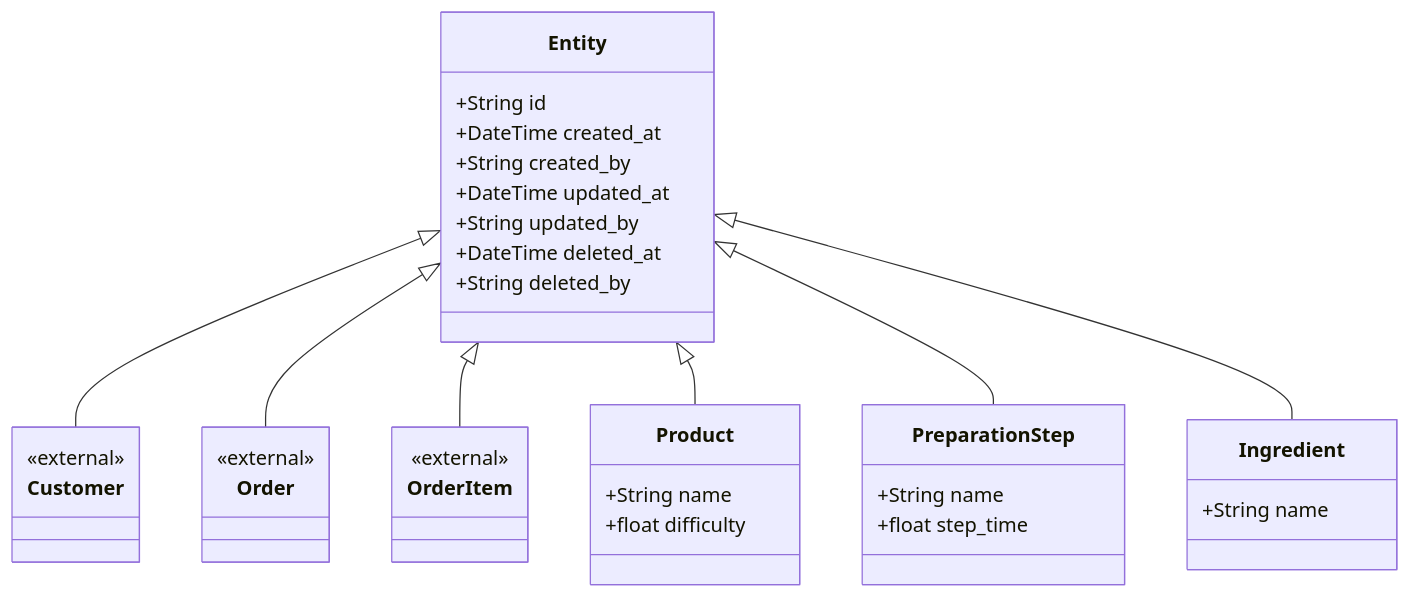
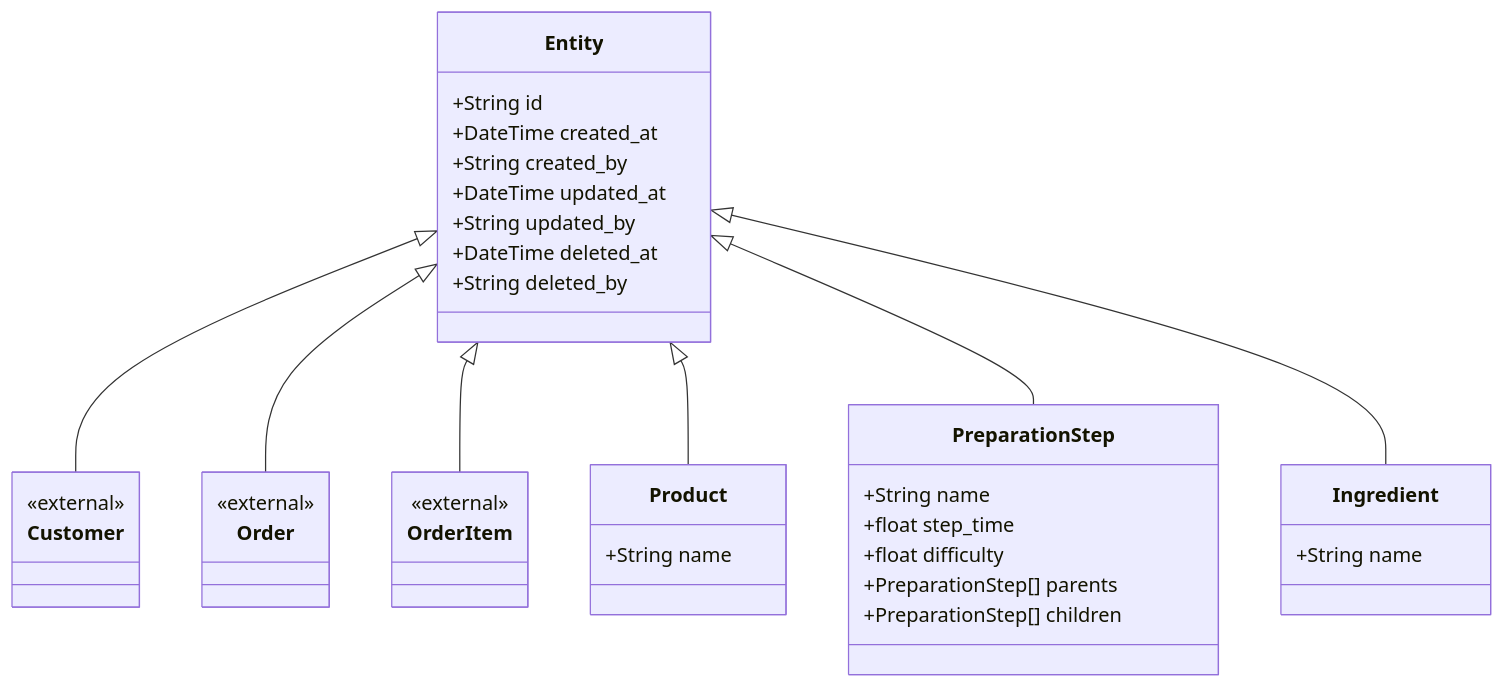
The diagram in doc/entities.md (alexander9306/Kitchen-Simulator), drawn with Mermaid before and after one commit. The commit also changed other lines of this file and 2 other files, not shown here.

First line of the commit message:
Move difficulty to PreparationStep and add parents/children

````diff
--- a/doc/entities.md
+++ b/doc/entities.md
@@ -3,42 +3,44 @@
 ```mermaid
 classDiagram
     class Entity {
         +String id
         +DateTime created_at
         +String created_by
         +DateTime updated_at
         +String updated_by
         +DateTime deleted_at
         +String deleted_by
     }
 
     class Customer {
         <<external>>
     }
     class Order {
         <<external>>
     }
     class OrderItem {
         <<external>>
     }
     class Ingredient {
         +String name
     }
 
     class Product {
         +String name
-        +float difficulty
     }
 
     class PreparationStep {
         +String name
         +float step_time
+        +float difficulty
+        +PreparationStep[] parents
+        +PreparationStep[] children
     }
 
     Entity <|-- Customer
     Entity <|-- Order
     Entity <|-- OrderItem
     Entity <|-- Product
     Entity <|-- PreparationStep
     Entity <|-- Ingredient
 ```
````
